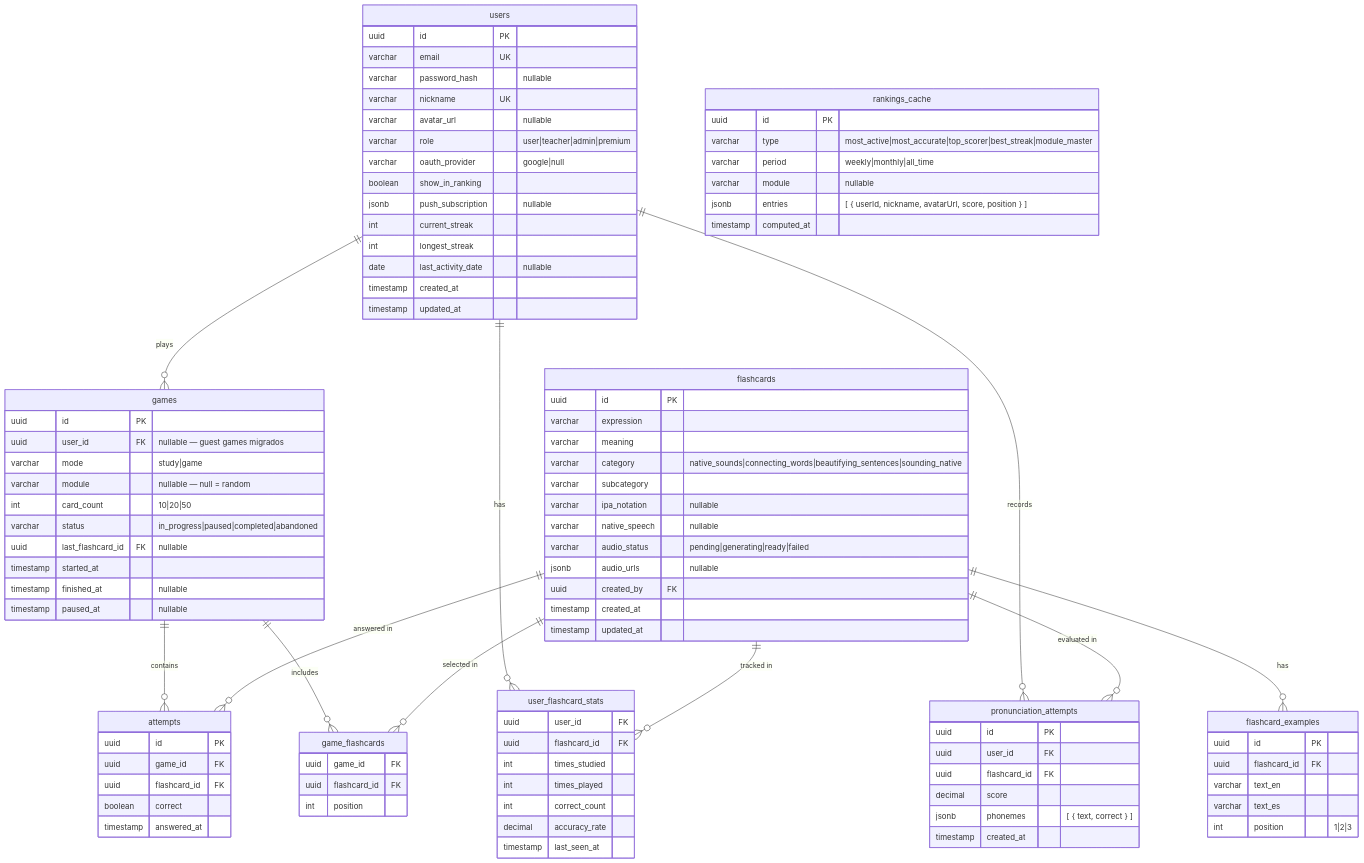
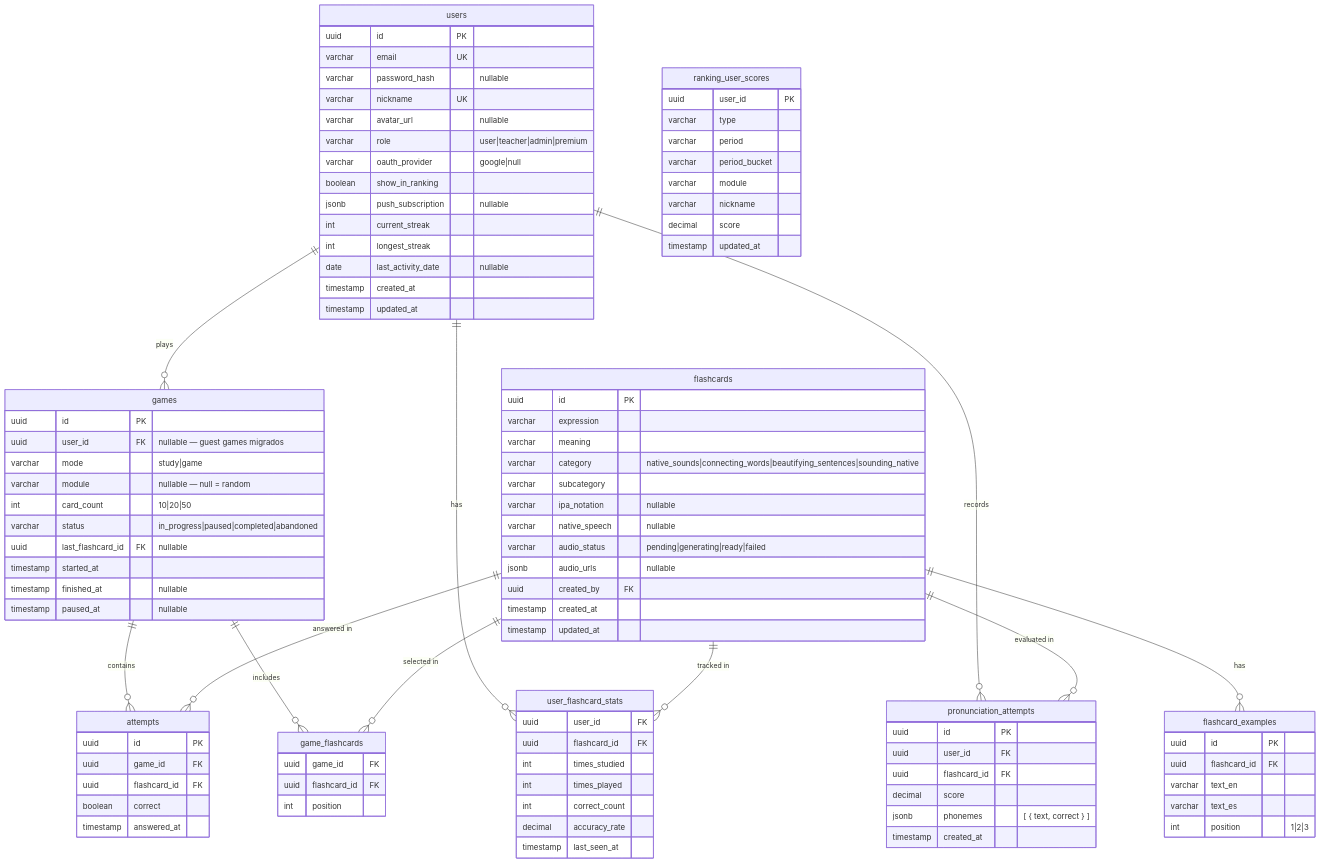
One commit to AbrahamVilchesDeLaCruz/ididntcatchthat changed the diagram in docs/domain/db-schema.md. Above: the diagram before and after it, drawn with Mermaid. The commit also changed other lines of this file and 4 other files, not shown here.

First line of the commit message:
feat(api/db): add ranking schema migrations

```diff
--- a/docs/domain/db-schema.md
+++ b/docs/domain/db-schema.md
@@ -95,13 +95,15 @@
         timestamp created_at
     }
 
-    rankings_cache {
-        uuid id PK
-        varchar type "most_active|most_accurate|top_scorer|best_streak|module_master"
-        varchar period "weekly|monthly|all_time"
-        varchar module "nullable"
-        jsonb entries "[ { userId, nickname, avatarUrl, score, position } ]"
-        timestamp computed_at
+    ranking_user_scores {
+        uuid user_id PK
+        varchar type
+        varchar period
+        varchar period_bucket
+        varchar module
+        varchar nickname
+        decimal score
+        timestamp updated_at
     }
 
     users ||--o{ games : "plays"
```
